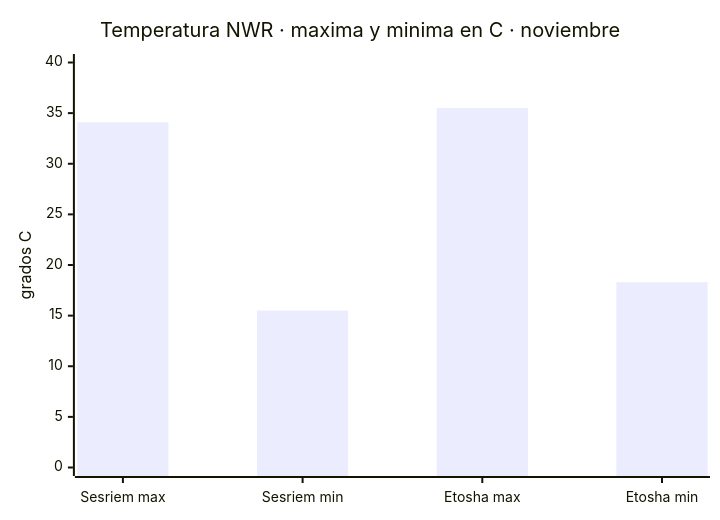
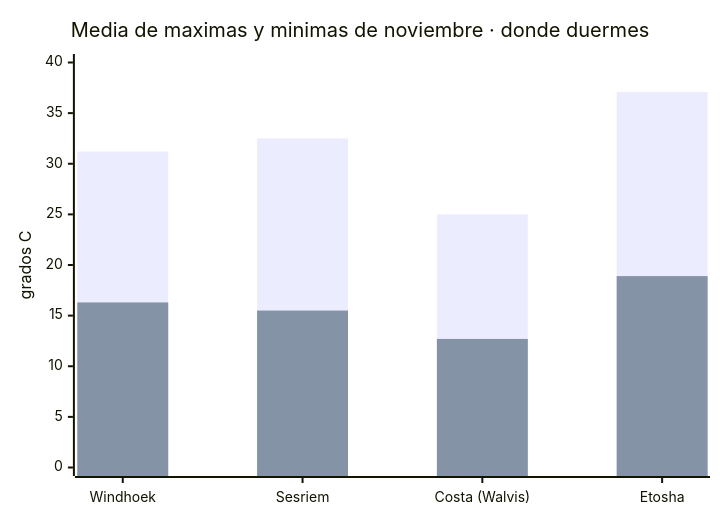
The seventh of 7 diagrams in 03-guia-preparacion.md (morandeirachema/namibia), drawn with Mermaid before and after one commit. The commit also changed other lines of this file and 4 other files, not shown here.

````diff
--- a/03-guia-preparacion.md
+++ b/03-guia-preparacion.md
@@ -481,7 +482,8 @@
 ```mermaid
 xychart-beta
-    title "Temperatura NWR · maxima y minima en C · noviembre"
-    x-axis ["Sesriem max", "Sesriem min", "Etosha max", "Etosha min"]
+    title "Media de maximas y minimas de noviembre · donde duermes"
+    x-axis ["Windhoek", "Sesriem", "Costa (Walvis)", "Etosha"]
     y-axis "grados C" 0 --> 40
-    bar [34.1, 15.5, 35.5, 18.3]
+    bar [31.2, 32.5, 25.0, 37.1]
+    bar [16.3, 15.5, 12.7, 18.9]
 ```
````
